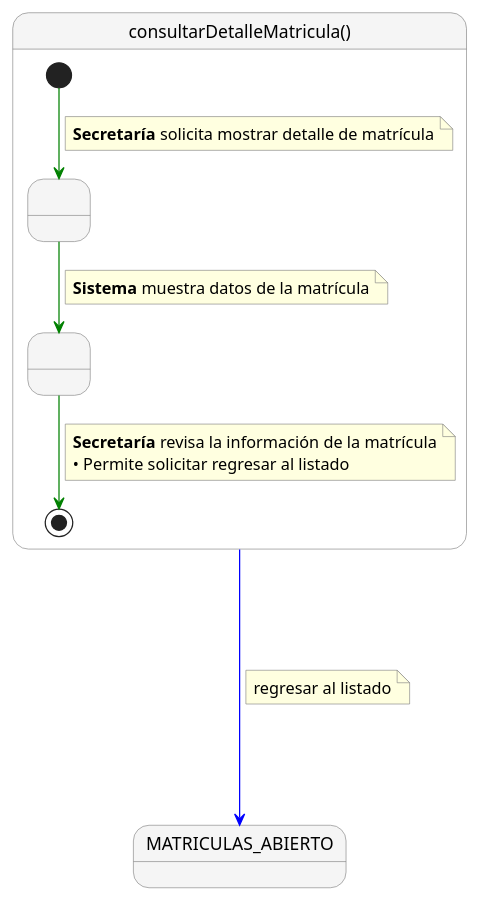
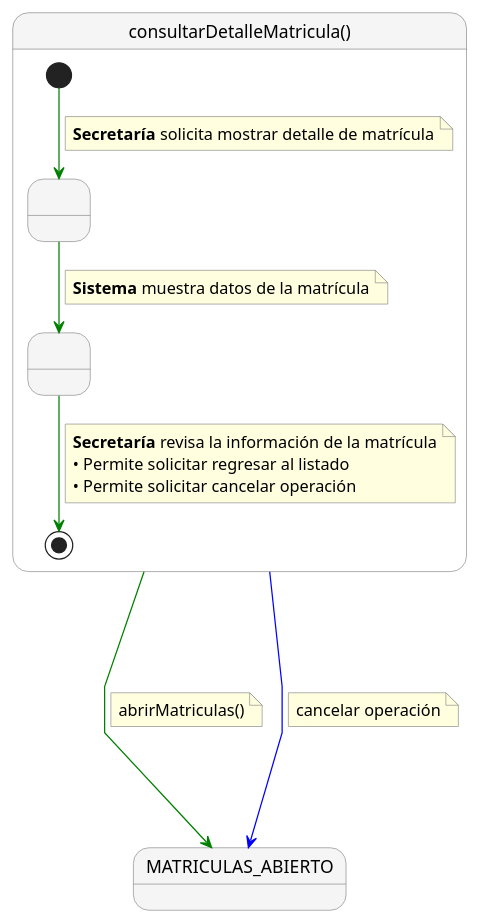
The diagram in documents/CasosDeUso/DetalladoCasosDeUso/Secretaria/consultarDetalleMatricula.puml (enmabry/25-26-IdSw1-SdR), drawn with PlantUML before and after one commit. The commit also changed 18 other files, not shown here.

```diff
--- a/documents/CasosDeUso/DetalladoCasosDeUso/Secretaria/consultarDetalleMatricula.puml
+++ b/documents/CasosDeUso/DetalladoCasosDeUso/Secretaria/consultarDetalleMatricula.puml
@@ -1,38 +1,44 @@
 @startuml
 skinparam nodesep 60
 skinparam ranksep 60
 skinparam linetype polyline
 skinparam NoteBackgroundColor lightyellow
 skinparam NoteBorderColor gray
 skinparam StateBackgroundColor #F5F5F5
 skinparam StateBorderColor gray
 
 state "consultarDetalleMatricula()" as consultarDetalleMatricula {
    
     state " " as Paso1
     state " " as Paso2
    
     [*] -[#green]-> Paso1
     note on link
       <b>Secretaría</b> solicita mostrar detalle de matrícula
     end note
    
     Paso1 -[#green]-> Paso2
     note on link
       <b>Sistema</b> muestra datos de la matrícula
     end note
    
     Paso2 -[#green]-> [*]
     note on link
       <b>Secretaría</b> revisa la información de la matrícula
       • Permite solicitar regresar al listado
+      • Permite solicitar cancelar operación
     end note
 }
 
 state "MATRICULAS_ABIERTO" as MATRICULAS_ABIERTO
 
+consultarDetalleMatricula -[#green]---> MATRICULAS_ABIERTO
+note right on link
+  abrirMatriculas()
+end note
+
 consultarDetalleMatricula -[#blue]---> MATRICULAS_ABIERTO
 note right on link
-  regresar al listado
+  cancelar operación
 end note
 @enduml
```
